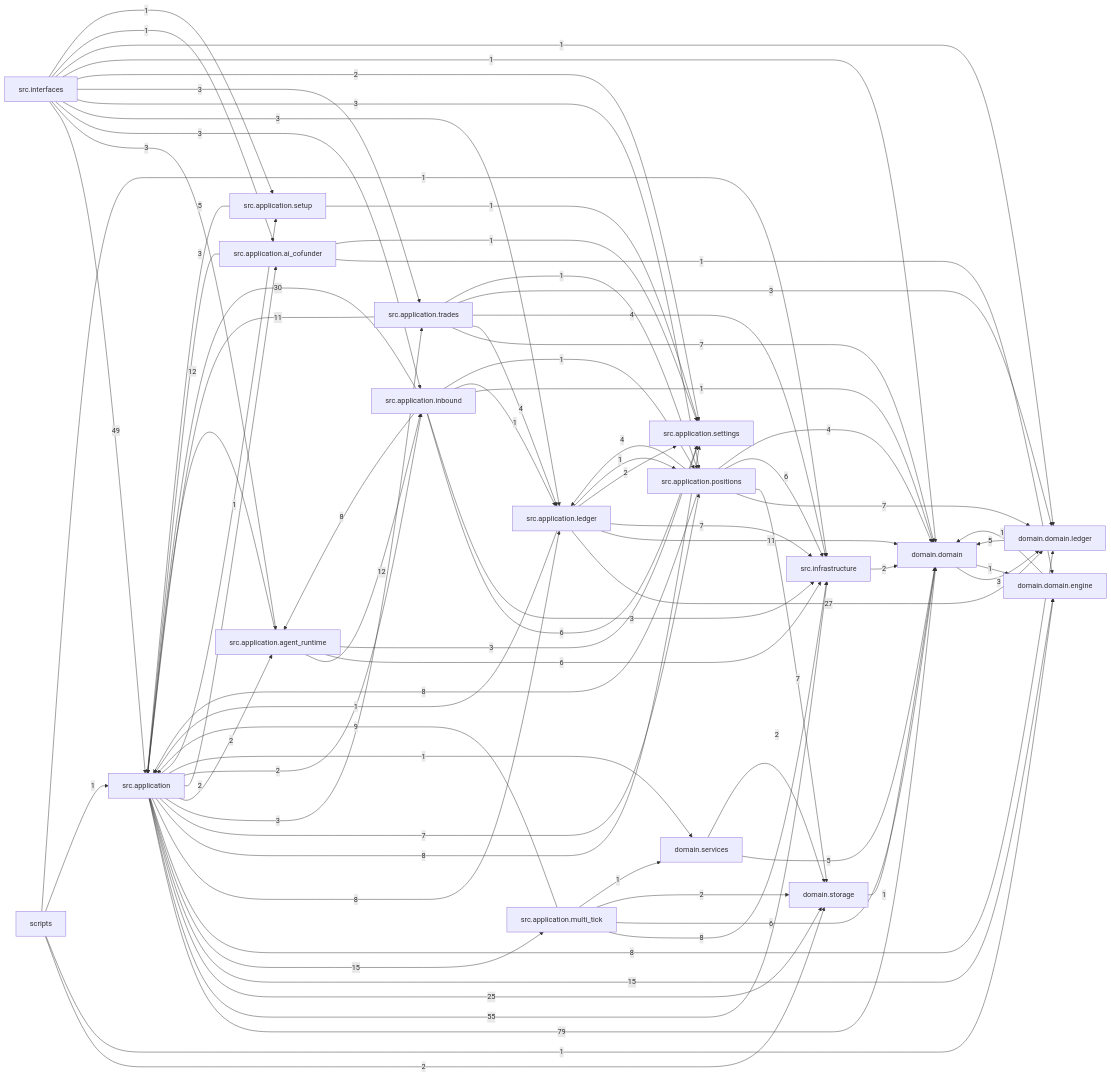
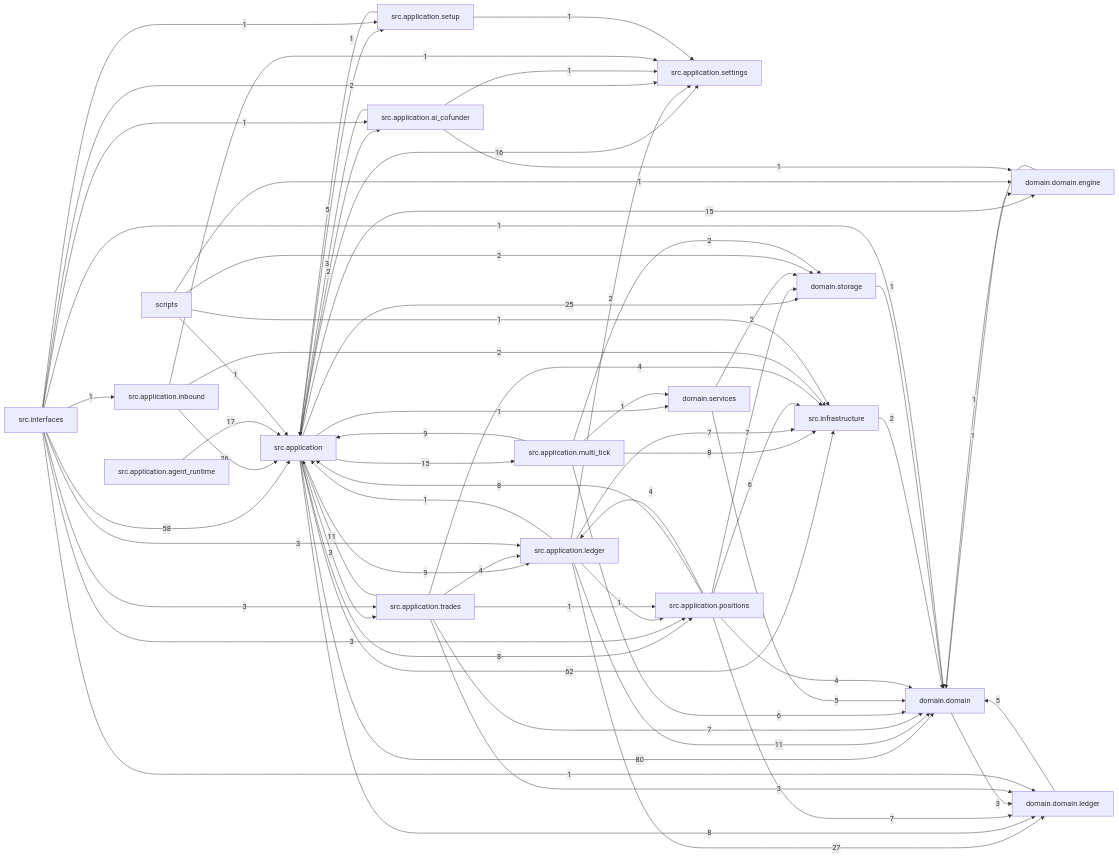
One commit to liuxie066/options-monitor changed the diagram in docs/dependency_graph.mmd. Above: the diagram before and after it, drawn with Mermaid. The commit also changed 76 other files, not shown here.

```diff
--- a/docs/dependency_graph.mmd
+++ b/docs/dependency_graph.mmd
@@ -1,78 +1,68 @@
 flowchart LR
-  src_application["src.application"] -->|79| domain_domain["domain.domain"]
-  src_application["src.application"] -->|55| src_infrastructure["src.infrastructure"]
-  src_interfaces["src.interfaces"] -->|49| src_application["src.application"]
-  src_application_inbound["src.application.inbound"] -->|30| src_application["src.application"]
+  src_application["src.application"] -->|80| domain_domain["domain.domain"]
+  src_application["src.application"] -->|62| src_infrastructure["src.infrastructure"]
+  src_interfaces["src.interfaces"] -->|58| src_application["src.application"]
   src_application_ledger["src.application.ledger"] -->|27| domain_domain_ledger["domain.domain.ledger"]
+  src_application_inbound["src.application.inbound"] -->|26| src_application["src.application"]
   src_application["src.application"] -->|25| domain_storage["domain.storage"]
+  src_application_agent_runtime["src.application.agent_runtime"] -->|17| src_application["src.application"]
+  src_application["src.application"] -->|16| src_application_settings["src.application.settings"]
   src_application["src.application"] -->|15| domain_domain_engine["domain.domain.engine"]
   src_application["src.application"] -->|15| src_application_multi_tick["src.application.multi_tick"]
-  src_application_agent_runtime["src.application.agent_runtime"] -->|12| src_application["src.application"]
-  src_application_agent_runtime["src.application.agent_runtime"] -->|12| src_application_inbound["src.application.inbound"]
   src_application_ledger["src.application.ledger"] -->|11| domain_domain["domain.domain"]
   src_application_trades["src.application.trades"] -->|11| src_application["src.application"]
+  src_application["src.application"] -->|9| src_application_ledger["src.application.ledger"]
   src_application_multi_tick["src.application.multi_tick"] -->|9| src_application["src.application"]
   src_application["src.application"] -->|8| domain_domain_ledger["domain.domain.ledger"]
-  src_application["src.application"] -->|8| src_application_ledger["src.application.ledger"]
-  src_application["src.application"] -->|8| src_application_settings["src.application.settings"]
-  src_application_inbound["src.application.inbound"] -->|8| src_application_agent_runtime["src.application.agent_runtime"]
+  src_application["src.application"] -->|8| src_application_positions["src.application.positions"]
   src_application_multi_tick["src.application.multi_tick"] -->|8| src_infrastructure["src.infrastructure"]
   src_application_positions["src.application.positions"] -->|8| src_application["src.application"]
-  src_application["src.application"] -->|7| src_application_positions["src.application.positions"]
   src_application_ledger["src.application.ledger"] -->|7| src_infrastructure["src.infrastructure"]
   src_application_positions["src.application.positions"] -->|7| domain_domain_ledger["domain.domain.ledger"]
   src_application_positions["src.application.positions"] -->|7| domain_storage["domain.storage"]
   src_application_trades["src.application.trades"] -->|7| domain_domain["domain.domain"]
-  src_application_agent_runtime["src.application.agent_runtime"] -->|6| src_infrastructure["src.infrastructure"]
-  src_application_inbound["src.application.inbound"] -->|6| src_application_settings["src.application.settings"]
   src_application_multi_tick["src.application.multi_tick"] -->|6| domain_domain["domain.domain"]
   src_application_positions["src.application.positions"] -->|6| src_infrastructure["src.infrastructure"]
   domain_domain_ledger["domain.domain.ledger"] -->|5| domain_domain["domain.domain"]
   domain_services["domain.services"] -->|5| domain_domain["domain.domain"]
   src_application_setup["src.application.setup"] -->|5| src_application["src.application"]
   src_application_positions["src.application.positions"] -->|4| domain_domain["domain.domain"]
   src_application_positions["src.application.positions"] -->|4| src_application_ledger["src.application.ledger"]
   src_application_trades["src.application.trades"] -->|4| src_application_ledger["src.application.ledger"]
   src_application_trades["src.application.trades"] -->|4| src_infrastructure["src.infrastructure"]
   domain_domain["domain.domain"] -->|3| domain_domain_ledger["domain.domain.ledger"]
   src_application["src.application"] -->|3| src_application_trades["src.application.trades"]
-  src_application_agent_runtime["src.application.agent_runtime"] -->|3| src_application_settings["src.application.settings"]
   src_application_ai_cofunder["src.application.ai_cofunder"] -->|3| src_application["src.application"]
-  src_application_inbound["src.application.inbound"] -->|3| src_infrastructure["src.infrastructure"]
   src_application_trades["src.application.trades"] -->|3| domain_domain_ledger["domain.domain.ledger"]
-  src_interfaces["src.interfaces"] -->|3| src_application_agent_runtime["src.application.agent_runtime"]
-  src_interfaces["src.interfaces"] -->|3| src_application_inbound["src.application.inbound"]
   src_interfaces["src.interfaces"] -->|3| src_application_ledger["src.application.ledger"]
   src_interfaces["src.interfaces"] -->|3| src_application_positions["src.application.positions"]
   src_interfaces["src.interfaces"] -->|3| src_application_trades["src.application.trades"]
   domain_services["domain.services"] -->|2| domain_storage["domain.storage"]
   scripts["scripts"] -->|2| domain_storage["domain.storage"]
-  src_application["src.application"] -->|2| src_application_agent_runtime["src.application.agent_runtime"]
   src_application["src.application"] -->|2| src_application_ai_cofunder["src.application.ai_cofunder"]
-  src_application["src.application"] -->|2| src_application_inbound["src.application.inbound"]
+  src_application_inbound["src.application.inbound"] -->|2| src_infrastructure["src.infrastructure"]
   src_application_ledger["src.application.ledger"] -->|2| src_application_settings["src.application.settings"]
   src_application_multi_tick["src.application.multi_tick"] -->|2| domain_storage["domain.storage"]
   src_infrastructure["src.infrastructure"] -->|2| domain_domain["domain.domain"]
   src_interfaces["src.interfaces"] -->|2| src_application_settings["src.application.settings"]
   domain_domain["domain.domain"] -->|1| domain_domain_engine["domain.domain.engine"]
   domain_domain_engine["domain.domain.engine"] -->|1| domain_domain["domain.domain"]
   domain_storage["domain.storage"] -->|1| domain_domain["domain.domain"]
   scripts["scripts"] -->|1| domain_domain_engine["domain.domain.engine"]
   scripts["scripts"] -->|1| src_application["src.application"]
   scripts["scripts"] -->|1| src_infrastructure["src.infrastructure"]
   src_application["src.application"] -->|1| domain_services["domain.services"]
   src_application["src.application"] -->|1| src_application_setup["src.application.setup"]
   src_application_ai_cofunder["src.application.ai_cofunder"] -->|1| domain_domain_engine["domain.domain.engine"]
   src_application_ai_cofunder["src.application.ai_cofunder"] -->|1| src_application_settings["src.application.settings"]
-  src_application_inbound["src.application.inbound"] -->|1| domain_domain["domain.domain"]
-  src_application_inbound["src.application.inbound"] -->|1| src_application_ledger["src.application.ledger"]
-  src_application_inbound["src.application.inbound"] -->|1| src_application_positions["src.application.positions"]
+  src_application_inbound["src.application.inbound"] -->|1| src_application_settings["src.application.settings"]
   src_application_ledger["src.application.ledger"] -->|1| src_application["src.application"]
   src_application_ledger["src.application.ledger"] -->|1| src_application_positions["src.application.positions"]
   src_application_multi_tick["src.application.multi_tick"] -->|1| domain_services["domain.services"]
   src_application_setup["src.application.setup"] -->|1| src_application_settings["src.application.settings"]
   src_application_trades["src.application.trades"] -->|1| src_application_positions["src.application.positions"]
   src_interfaces["src.interfaces"] -->|1| domain_domain["domain.domain"]
   src_interfaces["src.interfaces"] -->|1| domain_domain_ledger["domain.domain.ledger"]
   src_interfaces["src.interfaces"] -->|1| src_application_ai_cofunder["src.application.ai_cofunder"]
+  src_interfaces["src.interfaces"] -->|1| src_application_inbound["src.application.inbound"]
   src_interfaces["src.interfaces"] -->|1| src_application_setup["src.application.setup"]
```
